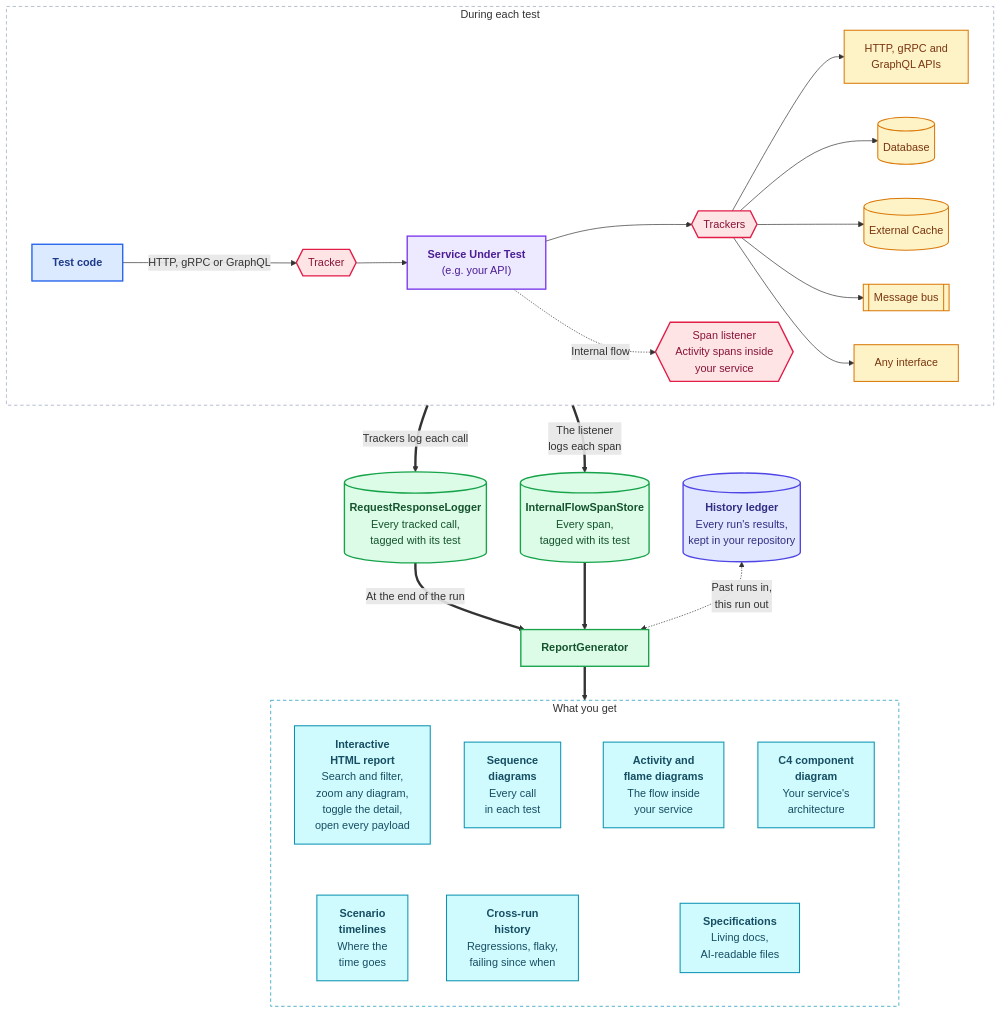
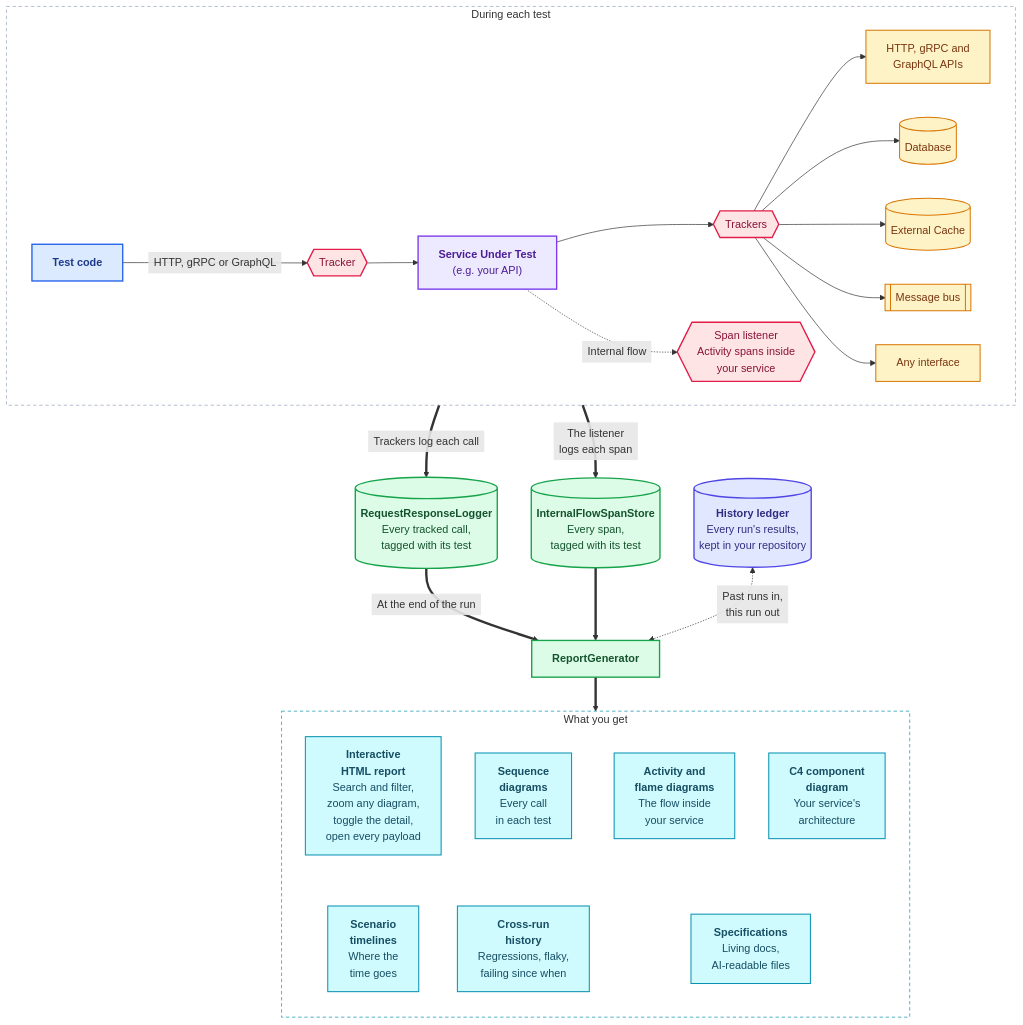
One commit to lemonlion/Kronikol changed the diagram in README.md. Above: the diagram before and after it, drawn with Mermaid.

Commit message:
Docs (no bump): README's How It Works diagram pads its arrow labels. Mermaid has no setting for an edge label's padding, so each label sits in a span with 4 px above and below and 8 px either side; where a renderer strips the inline style the labels read as before

````diff
--- a/README.md
+++ b/README.md
@@ -58,65 +58,65 @@
 ```mermaid
 %%{init: {"flowchart": {"wrappingWidth": 320}}}%%
 flowchart TB
     subgraph during["During each test"]
         direction LR
         test["<b>Test code</b>"]
         t1{{"Tracker"}}
         sut["<b>Service Under Test</b><br/>(e.g. your API)"]
         t2{{"Trackers"}}
         http["HTTP, gRPC and<br/>GraphQL APIs"]
         db[("Database")]
         cache[("External Cache")]
         bus[["Message bus"]]
         any["Any interface"]
         spans{{"Span listener<br/>Activity spans inside<br/>your service"}}
-        test -->|HTTP, gRPC or GraphQL| t1 --> sut --> t2
+        test -->|"<span style='display:inline-block;padding:4px 8px'>HTTP, gRPC or GraphQL</span>"| t1 --> sut --> t2
         t2 --> http & db & cache & bus & any
-        sut -.->|Internal flow| spans
+        sut -.->|"<span style='display:inline-block;padding:4px 8px'>Internal flow</span>"| spans
     end
 
     logger[("<b>RequestResponseLogger</b><br/>Every tracked call,<br/>tagged with its test")]
     spanstore[("<b>InternalFlowSpanStore</b><br/>Every span,<br/>tagged with its test")]
     report["<b>ReportGenerator</b>"]
     ledger[("<b>History ledger</b><br/>Every run's results,<br/>kept in your repository")]
 
     subgraph outputs["What you get"]
         direction TB
         html["<b>Interactive<br/>HTML report</b><br/>Search and filter,<br/>zoom any diagram,<br/>toggle the detail,<br/>open every payload"]
         seq["<b>Sequence<br/>diagrams</b><br/>Every call<br/>in each test"]
         act["<b>Activity and<br/>flame diagrams</b><br/>The flow inside<br/>your service"]
         c4["<b>C4 component<br/>diagram</b><br/>Your service's<br/>architecture"]
         timeline["<b>Scenario<br/>timelines</b><br/>Where the<br/>time goes"]
         specs["<b>Specifications</b><br/>Living docs,<br/>AI-readable files"]
         history["<b>Cross-run<br/>history</b><br/>Regressions, flaky,<br/>failing since when"]
         html ~~~ timeline
         seq ~~~ history
         act ~~~ specs
         c4 ~~~ specs
     end
 
-    during ==>|Trackers log each call| logger
-    during ==>|The listener<br/>logs each span| spanstore
-    logger ==>|At the end of the run| report
+    during ==>|"<span style='display:inline-block;padding:4px 8px'>Trackers log each call</span>"| logger
+    during ==>|"<span style='display:inline-block;padding:4px 8px'>The listener<br/>logs each span</span>"| spanstore
+    logger ==>|"<span style='display:inline-block;padding:4px 8px'>At the end of the run</span>"| report
     spanstore ==> report
     report ==> outputs
-    ledger <-.->|Past runs in,<br/>this run out| report
+    ledger <-.->|"<span style='display:inline-block;padding:4px 8px'>Past runs in,<br/>this run out</span>"| report
 
     class test caller
     class sut system
     class http,db,cache,bus,any dep
     class t1,t2,spans tracker
     class logger,spanstore,report stage
     class ledger store
     class html,seq,act,c4,timeline,specs,history out
     style during fill:transparent,stroke:#94a3b8,stroke-dasharray:5 4
     style outputs fill:transparent,stroke:#0891b2,stroke-dasharray:5 4
 
     classDef caller fill:#dbeafe,stroke:#2563eb,stroke-width:2px,color:#1e3a8a
     classDef system fill:#ede9fe,stroke:#7c3aed,stroke-width:2px,color:#4c1d95
     classDef dep fill:#fef3c7,stroke:#d97706,stroke-width:1.5px,color:#78350f
     classDef tracker fill:#ffe4e6,stroke:#e11d48,stroke-width:2px,color:#881337
     classDef stage fill:#dcfce7,stroke:#16a34a,stroke-width:2px,color:#14532d
     classDef out fill:#cffafe,stroke:#0891b2,stroke-width:1.5px,color:#164e63
     classDef store fill:#e0e7ff,stroke:#4f46e5,stroke-width:2px,color:#312e81
 ```
````
